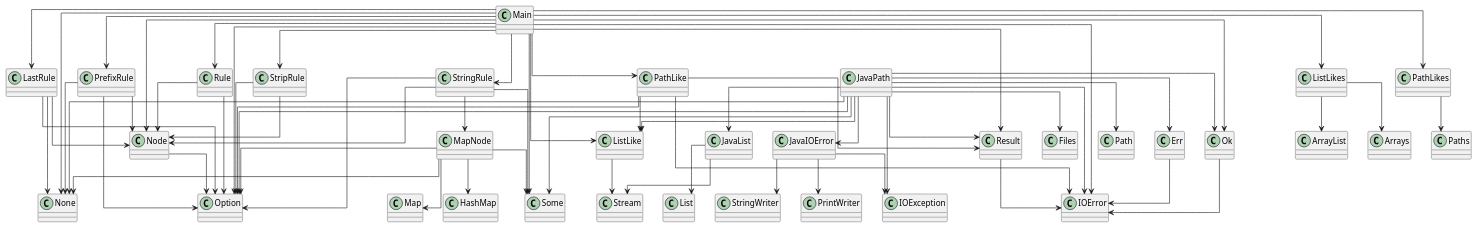
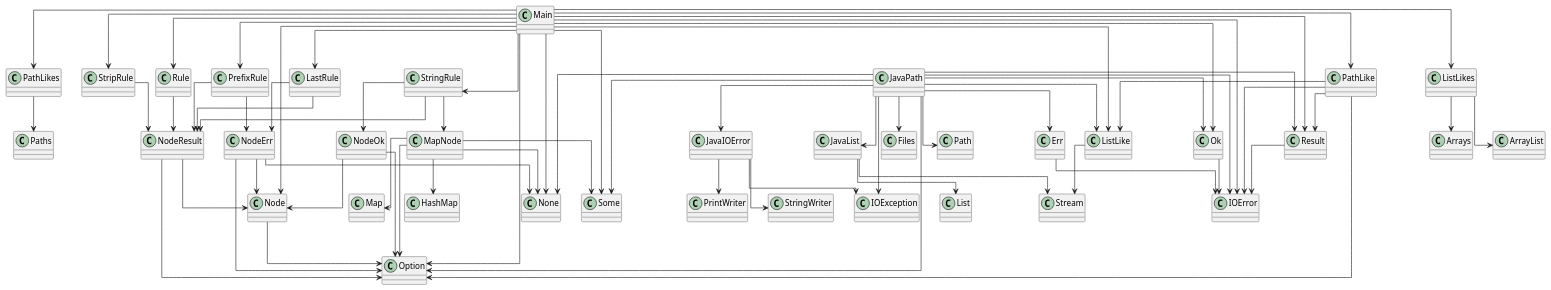
Before and after one commit to SirMathhman/Magma: the diagram in diagram.puml, drawn with PlantUML. The commit also changed 11 other files, not shown here.

```diff
--- a/diagram.puml
+++ b/diagram.puml
@@ -1,91 +1,96 @@
 @startuml
 skinparam linetype ortho
 class IOError
 class JavaIOError
 JavaIOError --> IOException
 JavaIOError --> PrintWriter
 JavaIOError --> StringWriter
 class JavaList
 JavaList --> List
 JavaList --> Stream
 class ListLike
 ListLike --> Stream
 class ListLikes
 ListLikes --> ArrayList
 ListLikes --> Arrays
 class Main
 Main --> IOError
 Main --> ListLike
 Main --> ListLikes
 Main --> Node
 Main --> None
 Main --> Option
 Main --> Some
 Main --> PathLike
 Main --> PathLikes
 Main --> Ok
 Main --> Result
 Main --> LastRule
 Main --> PrefixRule
 Main --> Rule
 Main --> StringRule
 Main --> StripRule
 class MapNode
 MapNode --> None
 MapNode --> Option
 MapNode --> Some
 MapNode --> HashMap
 MapNode --> Map
 class Node
 Node --> Option
+class NodeErr
+NodeErr --> Node
+NodeErr --> None
+NodeErr --> Option
+class NodeOk
+NodeOk --> Node
+NodeOk --> Option
+class NodeResult
+NodeResult --> Node
+NodeResult --> Option
 class None
 class Option
 class Some
 class JavaPath
 JavaPath --> IOError
 JavaPath --> JavaIOError
 JavaPath --> JavaList
 JavaPath --> ListLike
 JavaPath --> None
 JavaPath --> Option
 JavaPath --> Some
 JavaPath --> Err
 JavaPath --> Ok
 JavaPath --> Result
 JavaPath --> IOException
 JavaPath --> Files
 JavaPath --> Path
 class PathLike
 PathLike --> IOError
 PathLike --> ListLike
 PathLike --> Option
 PathLike --> Result
 class PathLikes
 PathLikes --> Paths
 class Err
 Err --> IOError
 class Ok
 Ok --> IOError
 class Result
 Result --> IOError
 class LastRule
-LastRule --> Node
-LastRule --> None
-LastRule --> Option
+LastRule --> NodeErr
+LastRule --> NodeResult
 class PrefixRule
-PrefixRule --> Node
-PrefixRule --> None
-PrefixRule --> Option
+PrefixRule --> NodeErr
+PrefixRule --> NodeResult
 class Rule
-Rule --> Node
-Rule --> Option
+Rule --> NodeResult
 class StringRule
+StringRule --> NodeOk
+StringRule --> NodeResult
 StringRule --> MapNode
-StringRule --> Node
-StringRule --> Option
-StringRule --> Some
 class StripRule
-StripRule --> Node
-StripRule --> Option
+StripRule --> NodeResult
 
 @enduml
```
